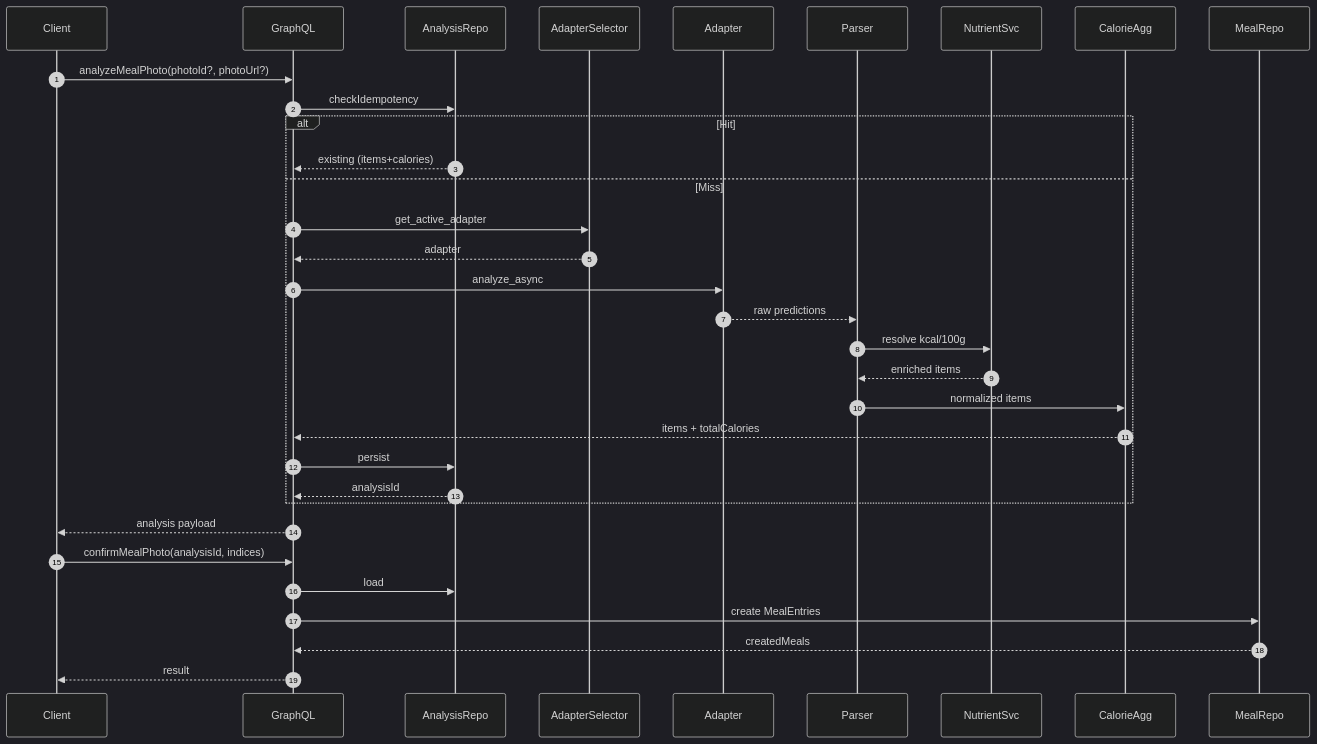
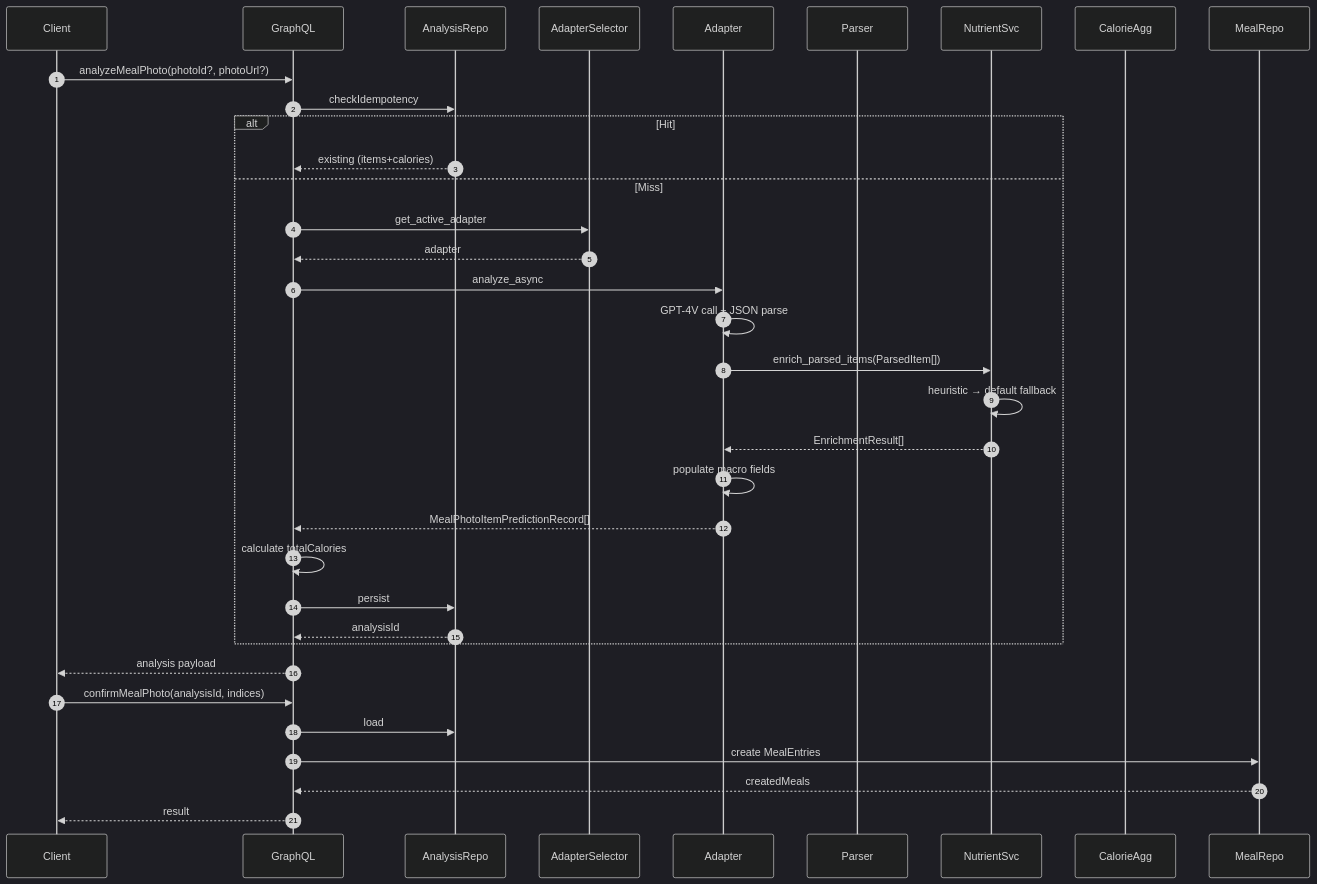
The second of 2 diagrams in docs/ai_meal_photo.md (giamma80/Nutrifit-mobile), drawn with Mermaid (dark theme) before and after one commit. The commit also changed other lines of this file and 7 other files, not shown here.

````diff
--- a/docs/ai_meal_photo.md
+++ b/docs/ai_meal_photo.md
@@ -119,36 +121,38 @@
 ```mermaid
 sequenceDiagram
   autonumber
   participant C as Client
   participant API as GraphQL
   participant Repo as AnalysisRepo
   participant Sel as AdapterSelector
   participant A as Adapter
   participant Parse as Parser
   participant Nut as NutrientSvc
   participant Agg as CalorieAgg
   participant Meals as MealRepo
 
   C->>API: analyzeMealPhoto(photoId?, photoUrl?)
   API->>Repo: checkIdempotency
   alt Hit
     Repo-->>API: existing (items+calories)
   else Miss
     API->>Sel: get_active_adapter
     Sel-->>API: adapter
     API->>A: analyze_async
-    A-->>Parse: raw predictions
-    Parse->>Nut: resolve kcal/100g
-    Nut-->>Parse: enriched items
-    Parse->>Agg: normalized items
-    Agg-->>API: items + totalCalories
+    A->>A: GPT-4V call + JSON parse
+    A->>Nut: enrich_parsed_items(ParsedItem[])
+    Nut->>Nut: heuristic → default fallback
+    Nut-->>A: EnrichmentResult[]
+    A->>A: populate macro fields
+    A-->>API: MealPhotoItemPredictionRecord[]
+    API->>API: calculate totalCalories
     API->>Repo: persist
     Repo-->>API: analysisId
   end
   API-->>C: analysis payload
   C->>API: confirmMealPhoto(analysisId, indices)
   API->>Repo: load
   API->>Meals: create MealEntries
   Meals-->>API: createdMeals
   API-->>C: result
 ```
````
